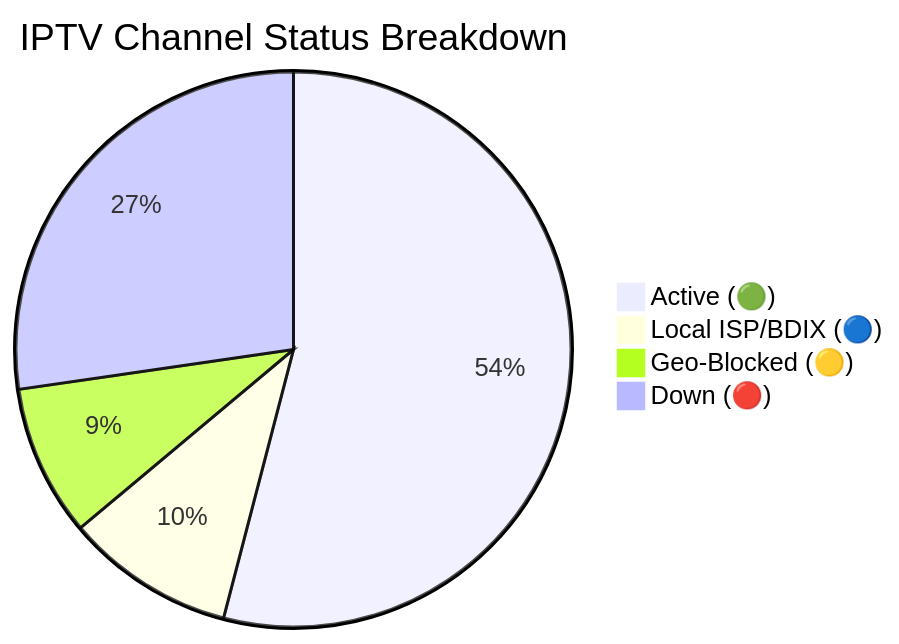
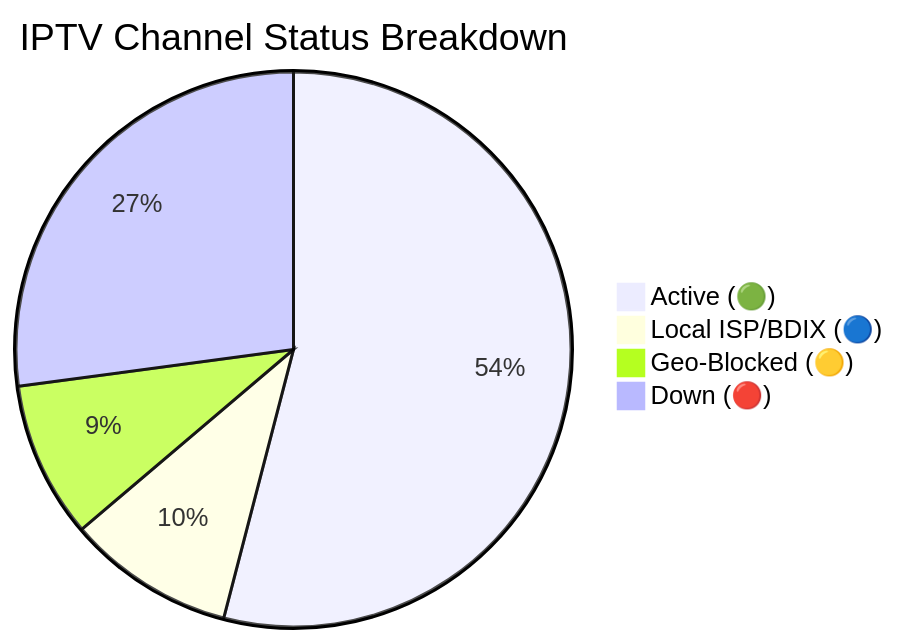
One commit to f6388600-ai/Web changed the diagram in README.md. Above: the diagram before and after it, drawn with Mermaid. The commit also changed other lines of this file and 6 other files, not shown here.

````diff
--- a/README.md
+++ b/README.md
@@ -149,7 +149,7 @@
 ```mermaid
 pie title IPTV Channel Status Breakdown
-    "Active (🟢)" : 9522
-    "Local ISP/BDIX (🔵)" : 1735
-    "Geo-Blocked (🟡)" : 1550
-    "Down (🔴)" : 4808
+    "Active (🟢)" : 9535
+    "Local ISP/BDIX (🔵)" : 1720
+    "Geo-Blocked (🟡)" : 1604
+    "Down (🔴)" : 4783
 ```
````
